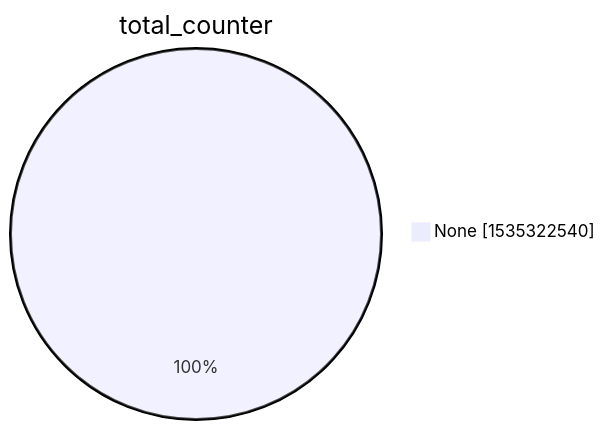
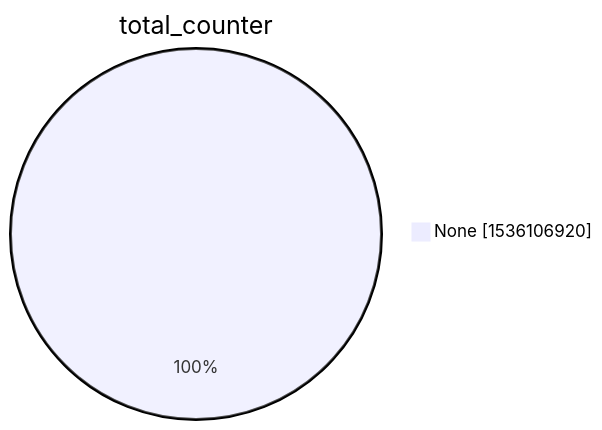
The second of 15 diagrams in xenon2022/README.md (christiankrug/ctmonitor_visualization), drawn with Mermaid before and after one commit. The commit also changed other lines of this file, not shown here.

````diff
--- a/xenon2022/README.md
+++ b/xenon2022/README.md
@@ -9,5 +9,5 @@
 ```mermaid
 pie showData
 title total_counter
-"None" :1535322540
+"None" :1536106920
 ```
````
